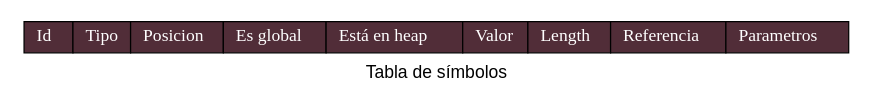
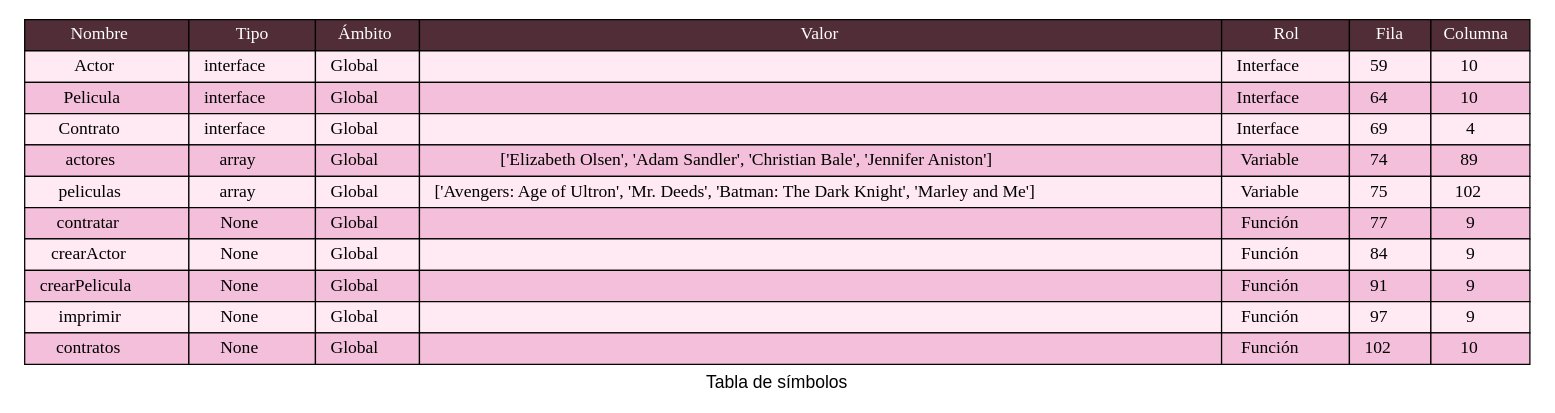
Before and after one commit to LuisaMariaO/OLC2P1-Luisa-Ortiz-Marjorie-Reyes: the diagram in Fase 1/backend/TablaSimbolos.dot, drawn with Graphviz. The commit also changed 6 other files, not shown here.

```diff
--- a/Fase 1/backend/TablaSimbolos.dot
+++ b/Fase 1/backend/TablaSimbolos.dot
@@ -1,20 +1,108 @@
 digraph {
             fontname="Arial"
             label = "Tabla de símbolos"
             node[shape=none]
             n1[label=<
             <table BORDER="0" CELLBORDER="1" CELLSPACING="0" CELLPADDING="4">]
             <tr>
-            <td bgcolor="#512D38"> <font color="white"> Id </font></td>
+            <td bgcolor="#512D38"> <font color="white">Nombre </font></td>
             <td bgcolor="#512D38"> <font color="white">Tipo</font></td>
-            <td bgcolor="#512D38"> <font color="white">Posicion</font></td>
-            <td bgcolor="#512D38"> <font color="white">Es global</font></td>
-            <td bgcolor="#512D38"> <font color="white">Está en heap</font></td>
+            <td bgcolor="#512D38"> <font color="white">Ámbito</font></td>
             <td bgcolor="#512D38"> <font color="white">Valor</font></td>
-            <td bgcolor="#512D38"> <font color="white">Length</font></td>
-            <td bgcolor="#512D38"> <font color="white">Referencia</font></td>
-            <td bgcolor="#512D38"> <font color="white">Parametros</font></td>
+            <td bgcolor="#512D38"> <font color="white">Rol</font></td>
+            <td bgcolor="#512D38"> <font color="white">Fila</font></td>
+            <td bgcolor="#512D38"> <font color="white">Columna</font></td>
             </tr>
+<tr>
+<td bgcolor="#FFE9F3">   Actor   </td>
+<td bgcolor="#FFE9F3">   interface   </td>
+<td bgcolor="#FFE9F3">   Global   </td>
+<td bgcolor="#FFE9F3">       </td>
+<td bgcolor="#FFE9F3">   Interface   </td>
+<td bgcolor="#FFE9F3">   59   </td>
+<td bgcolor="#FFE9F3">   10   </td>
+</tr>
+<tr>
+<td bgcolor="#F4BFDB">   Pelicula   </td>
+<td bgcolor="#F4BFDB">   interface   </td>
+<td bgcolor="#F4BFDB">   Global   </td>
+<td bgcolor="#F4BFDB">       </td>
+<td bgcolor="#F4BFDB">   Interface   </td>
+<td bgcolor="#F4BFDB">   64   </td>
+<td bgcolor="#F4BFDB">   10   </td>
+</tr>
+<tr>
+<td bgcolor="#FFE9F3">   Contrato   </td>
+<td bgcolor="#FFE9F3">   interface   </td>
+<td bgcolor="#FFE9F3">   Global   </td>
+<td bgcolor="#FFE9F3">       </td>
+<td bgcolor="#FFE9F3">   Interface   </td>
+<td bgcolor="#FFE9F3">   69   </td>
+<td bgcolor="#FFE9F3">   4   </td>
+</tr>
+<tr>
+<td bgcolor="#F4BFDB">   actores   </td>
+<td bgcolor="#F4BFDB">   array   </td>
+<td bgcolor="#F4BFDB">   Global   </td>
+<td bgcolor="#F4BFDB">   ['Elizabeth Olsen', 'Adam Sandler', 'Christian Bale', 'Jennifer Aniston']   </td>
+<td bgcolor="#F4BFDB">   Variable   </td>
+<td bgcolor="#F4BFDB">   74   </td>
+<td bgcolor="#F4BFDB">   89   </td>
+</tr>
+<tr>
+<td bgcolor="#FFE9F3">   peliculas   </td>
+<td bgcolor="#FFE9F3">   array   </td>
+<td bgcolor="#FFE9F3">   Global   </td>
+<td bgcolor="#FFE9F3">   ['Avengers: Age of Ultron', 'Mr. Deeds', 'Batman: The Dark Knight', 'Marley and Me']   </td>
+<td bgcolor="#FFE9F3">   Variable   </td>
+<td bgcolor="#FFE9F3">   75   </td>
+<td bgcolor="#FFE9F3">   102   </td>
+</tr>
+<tr>
+<td bgcolor="#F4BFDB">   contratar   </td>
+<td bgcolor="#F4BFDB">   None   </td>
+<td bgcolor="#F4BFDB">   Global   </td>
+<td bgcolor="#F4BFDB">       </td>
+<td bgcolor="#F4BFDB">   Función   </td>
+<td bgcolor="#F4BFDB">   77   </td>
+<td bgcolor="#F4BFDB">   9   </td>
+</tr>
+<tr>
+<td bgcolor="#FFE9F3">   crearActor   </td>
+<td bgcolor="#FFE9F3">   None   </td>
+<td bgcolor="#FFE9F3">   Global   </td>
+<td bgcolor="#FFE9F3">       </td>
+<td bgcolor="#FFE9F3">   Función   </td>
+<td bgcolor="#FFE9F3">   84   </td>
+<td bgcolor="#FFE9F3">   9   </td>
+</tr>
+<tr>
+<td bgcolor="#F4BFDB">   crearPelicula   </td>
+<td bgcolor="#F4BFDB">   None   </td>
+<td bgcolor="#F4BFDB">   Global   </td>
+<td bgcolor="#F4BFDB">       </td>
+<td bgcolor="#F4BFDB">   Función   </td>
+<td bgcolor="#F4BFDB">   91   </td>
+<td bgcolor="#F4BFDB">   9   </td>
+</tr>
+<tr>
+<td bgcolor="#FFE9F3">   imprimir   </td>
+<td bgcolor="#FFE9F3">   None   </td>
+<td bgcolor="#FFE9F3">   Global   </td>
+<td bgcolor="#FFE9F3">       </td>
+<td bgcolor="#FFE9F3">   Función   </td>
+<td bgcolor="#FFE9F3">   97   </td>
+<td bgcolor="#FFE9F3">   9   </td>
+</tr>
+<tr>
+<td bgcolor="#F4BFDB">   contratos   </td>
+<td bgcolor="#F4BFDB">   None   </td>
+<td bgcolor="#F4BFDB">   Global   </td>
+<td bgcolor="#F4BFDB">       </td>
+<td bgcolor="#F4BFDB">   Función   </td>
+<td bgcolor="#F4BFDB">   102   </td>
+<td bgcolor="#F4BFDB">   10   </td>
+</tr>
 </table>
     >]
     }
```
